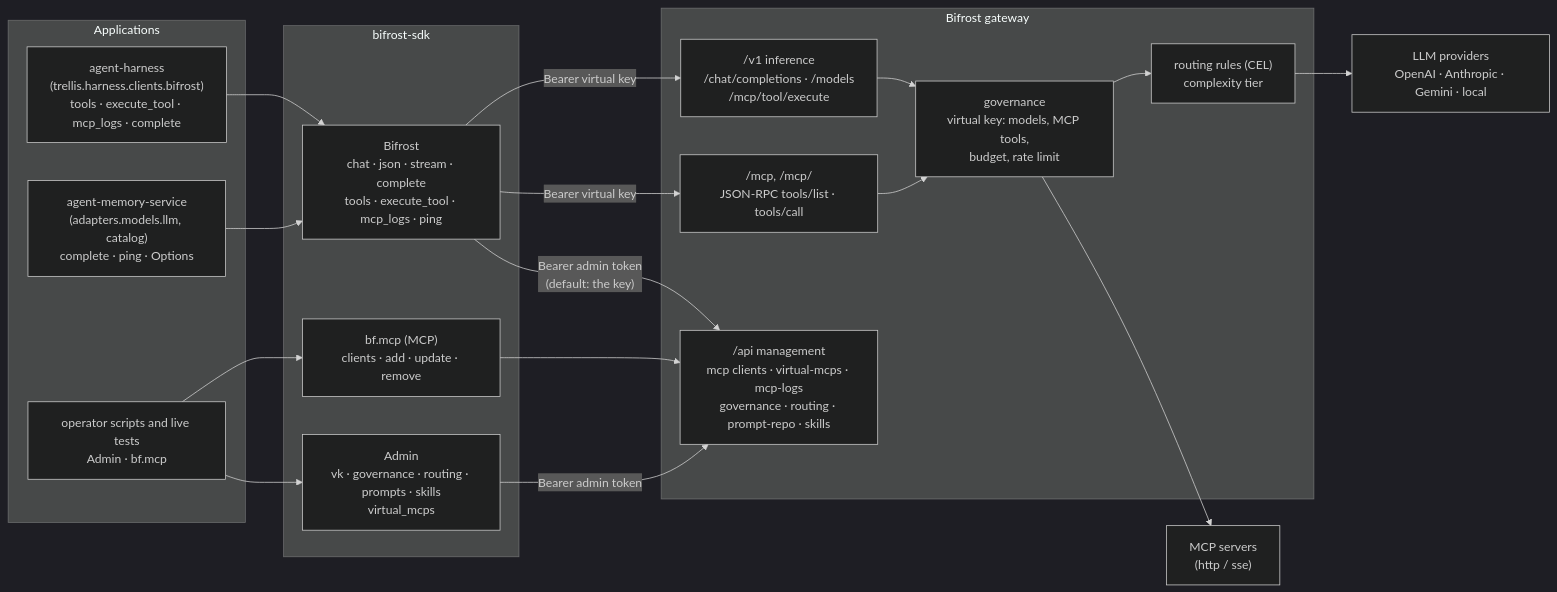
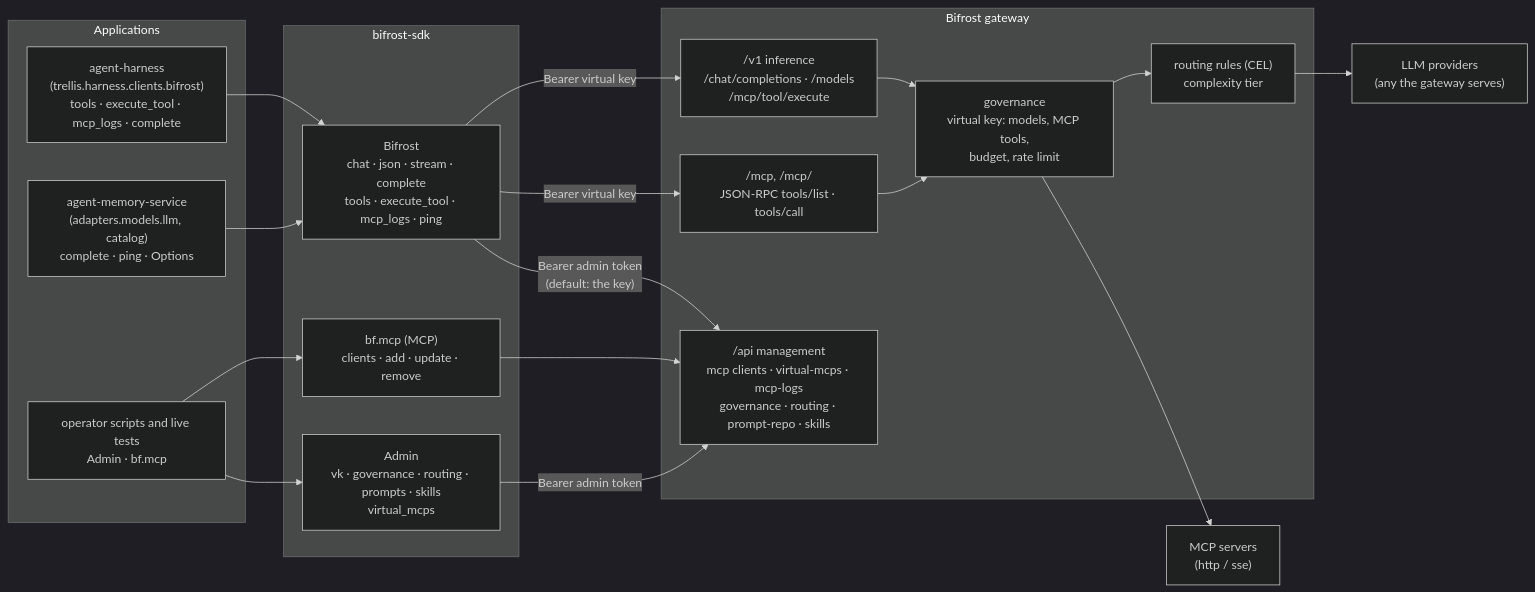
The first of 11 diagrams in docs/ARCHITECTURE.md (amitmohapatra/bifrost-sdk), drawn with Mermaid (dark theme) before and after one commit. The commit also changed other lines of this file and 10 other files, not shown here.

````diff
--- a/docs/ARCHITECTURE.md
+++ b/docs/ARCHITECTURE.md
@@ -14,40 +43,40 @@
 ```mermaid
 flowchart LR
     subgraph apps["Applications"]
         harness["agent-harness<br/>(trellis.harness.clients.bifrost)<br/>tools · execute_tool · mcp_logs · complete"]
         memory["agent-memory-service<br/>(adapters.models.llm, catalog)<br/>complete · ping · Options"]
         ops["operator scripts and live tests<br/>Admin · bf.mcp"]
     end
 
     subgraph sdk["bifrost-sdk"]
         bifrost["Bifrost<br/>chat · json · stream · complete<br/>tools · execute_tool · mcp_logs · ping"]
         mcpres["bf.mcp (MCP)<br/>clients · add · update · remove"]
         admin["Admin<br/>vk · governance · routing · prompts · skills<br/>virtual_mcps"]
     end
 
     subgraph gw["Bifrost gateway"]
         v1["/v1 inference<br/>/chat/completions · /models<br/>/mcp/tool/execute"]
         mcpep["/mcp, /mcp/<slug><br/>JSON-RPC tools/list · tools/call"]
         api["/api management<br/>mcp clients · virtual-mcps · mcp-logs<br/>governance · routing · prompt-repo · skills"]
         gov["governance<br/>virtual key: models, MCP tools,<br/>budget, rate limit"]
         route["routing rules (CEL)<br/>complexity tier"]
     end
 
-    providers["LLM providers<br/>OpenAI · Anthropic · Gemini · local"]
+    providers["LLM providers<br/>(any the gateway serves)"]
     servers["MCP servers<br/>(http / sse)"]
 
     harness --> bifrost
     memory --> bifrost
     ops --> admin
     ops --> mcpres
     bifrost -- "Bearer virtual key" --> v1
     bifrost -- "Bearer virtual key" --> mcpep
     bifrost -- "Bearer admin token<br/>(default: the key)" --> api
     mcpres --> api
     admin -- "Bearer admin token" --> api
     v1 --> gov
     mcpep --> gov
     gov --> route
     route --> providers
     gov --> servers
 ```
````
